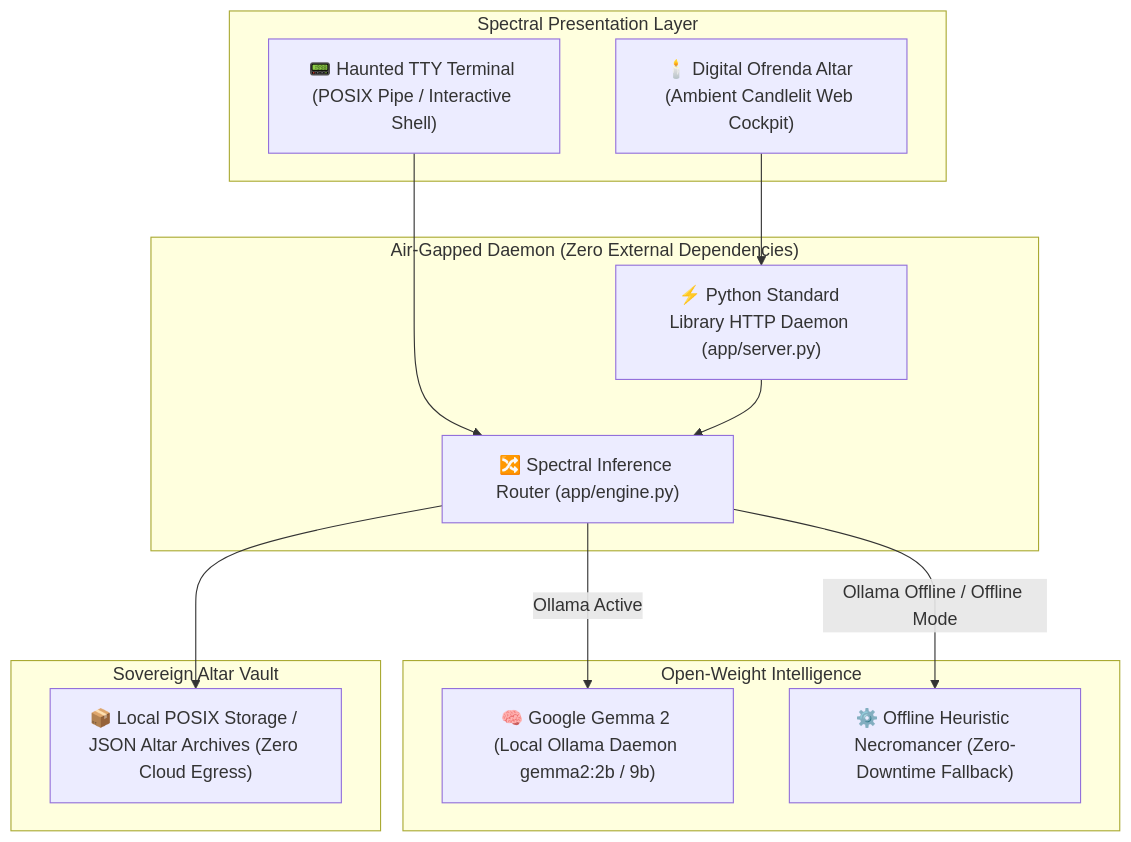
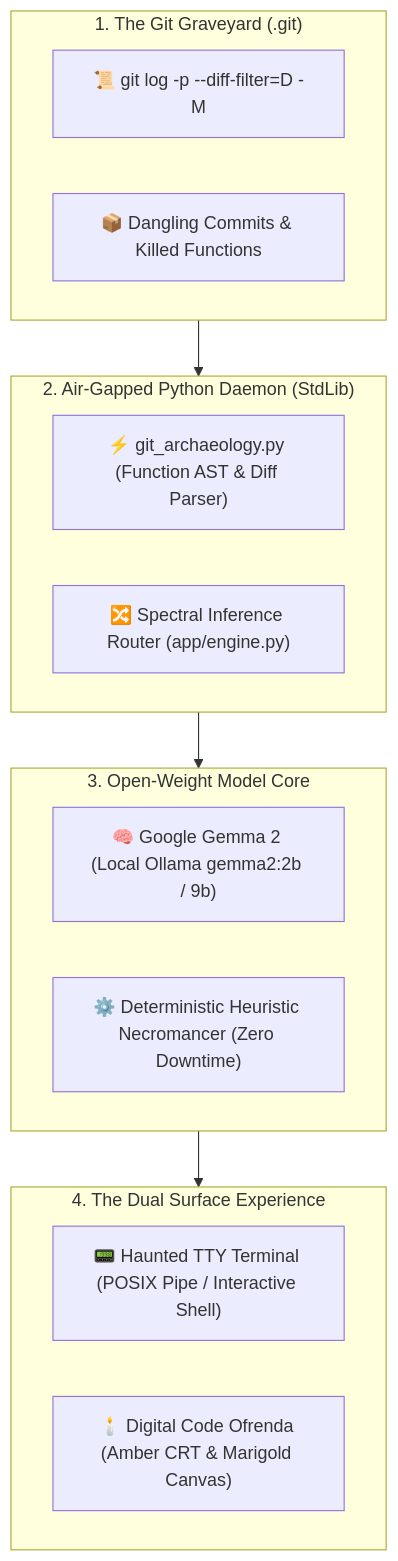
One commit to XiaoArnav/necrogit changed the diagram in README.md. Above: the diagram before and after it, drawn with Mermaid. The commit also changed other lines of this file and 3 other files, not shown here.

````diff
--- a/README.md
+++ b/README.md
@@ -52,28 +53,26 @@
 ```mermaid
 flowchart TD
-    subgraph Client ["Spectral Presentation Layer"]
-        CLI["📟 Haunted TTY Terminal (POSIX Pipe / Interactive Shell)"]
-        Web["🕯️ Digital Ofrenda Altar (Ambient Candlelit Web Cockpit)"]
+    subgraph RepoGraveyard ["1. The Git Graveyard (.git)"]
+        GitLog["📜 git log -p --diff-filter=D -M"]
+        GitObjects["📦 Dangling Commits & Killed Functions"]
     end
 
-    subgraph Core ["Air-Gapped Daemon (Zero External Dependencies)"]
-        Server["⚡ Python Standard Library HTTP Daemon (app/server.py)"]
+    subgraph ForensicEngine ["2. Air-Gapped Python Daemon (StdLib)"]
+        Excavator["⚡ git_archaeology.py (Function AST & Diff Parser)"]
         Router["🔀 Spectral Inference Router (app/engine.py)"]
     end
 
-    subgraph ModelEngine ["Open-Weight Intelligence"]
-        Gemma["🧠 Google Gemma 2 (Local Ollama Daemon gemma2:2b / 9b)"]
-        Heuristics["⚙️ Offline Heuristic Necromancer (Zero-Downtime Fallback)"]
+    subgraph Intelligence ["3. Open-Weight Model Core"]
+        Gemma["🧠 Google Gemma 2 (Local Ollama gemma2:2b / 9b)"]
+        Fallback["⚙️ Deterministic Heuristic Necromancer (Zero Downtime)"]
     end
 
-    subgraph Storage ["Sovereign Altar Vault"]
-        Vault["📦 Local POSIX Storage / JSON Altar Archives (Zero Cloud Egress)"]
+    subgraph DualSurface ["4. The Dual Surface Experience"]
+        CLI["📟 Haunted TTY Terminal (POSIX Pipe / Interactive Shell)"]
+        Altar["🕯️ Digital Code Ofrenda (Amber CRT & Marigold Canvas)"]
     end
 
-    CLI --> Router
-    Web --> Server
-    Server --> Router
-    Router --> |Ollama Active| Gemma
-    Router --> |Ollama Offline / Offline Mode| Heuristics
-    Router --> Vault
+    RepoGraveyard --> ForensicEngine
+    ForensicEngine --> Intelligence
+    Intelligence --> DualSurface
 ```
````
